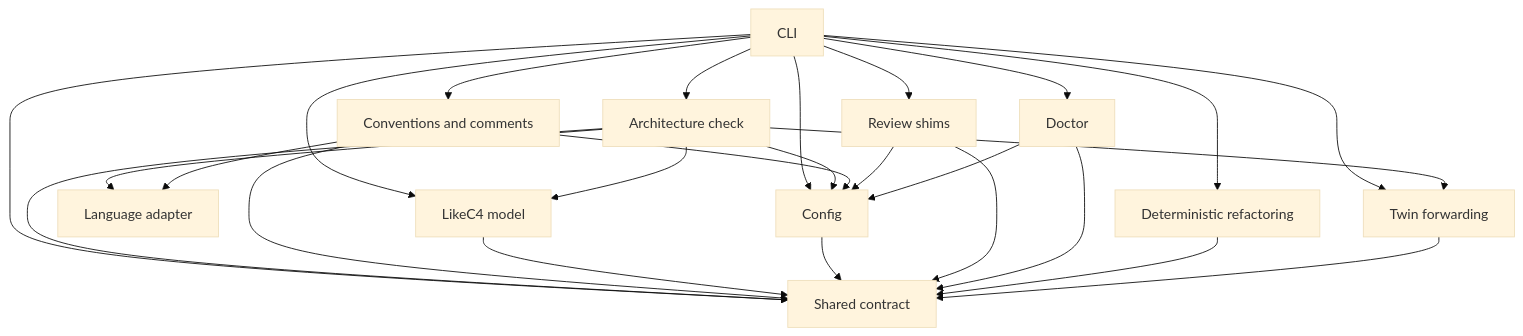
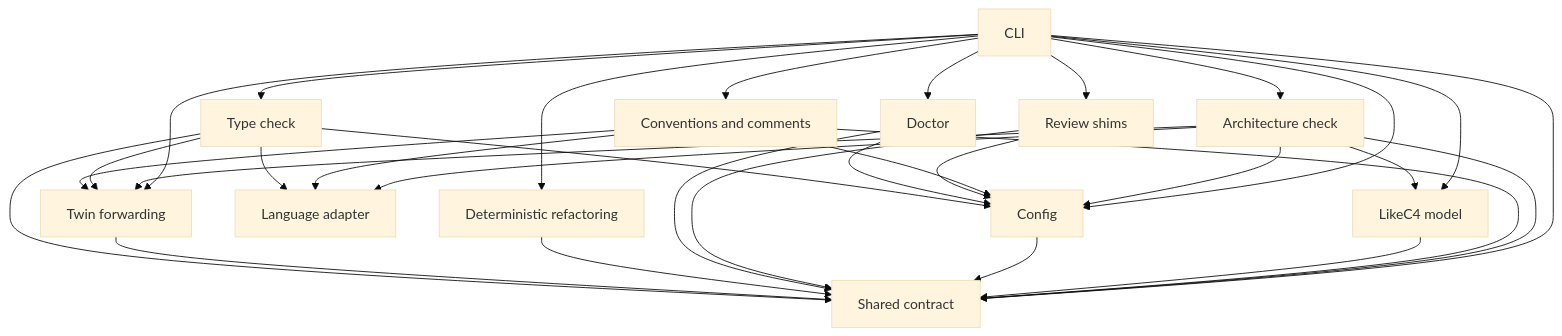
One commit to MotleyAI/living-architecture changed the first of 2 diagrams in architecture/system.arc42.md. Above: the diagram before and after it, drawn with Mermaid (base theme). The commit also changed other lines of this file and 3 other files, not shown here.

First line of the commit message:
Model the typecheck and npm conventions nodes; principle 4 allows configured commands; la-typecheck config for this repo

````diff
--- a/architecture/system.arc42.md
+++ b/architecture/system.arc42.md
@@ -13,40 +13,47 @@
 ```mermaid
 flowchart TD
   %% system: Living-architecture commands
   contract["Shared contract"]
   config["Config"]
   cli["CLI"]
   c4["LikeC4 model"]
   archcheck["Architecture check"]
   lang["Language adapter"]
   conventions["Conventions and comments"]
   review["Review shims"]
   doctor["Doctor"]
   refactor["Deterministic refactoring"]
   twin["Twin forwarding"]
+  typecheck["Type check"]
   cli --> contract
   cli --> config
   cli --> archcheck
   cli --> c4
   cli --> conventions
   cli --> review
   cli --> doctor
   cli --> refactor
   archcheck --> c4
   archcheck --> lang
   archcheck --> config
   archcheck --> contract
   conventions --> lang
   conventions --> config
   conventions --> contract
   c4 --> contract
   config --> contract
   review --> config
   review --> contract
   doctor --> config
   doctor --> contract
   refactor --> contract
   cli --> twin
   archcheck --> twin
   twin --> contract
+  cli --> typecheck
+  typecheck --> lang
+  typecheck --> config
+  typecheck --> contract
+  typecheck --> twin
+  conventions --> twin
 ```
````
